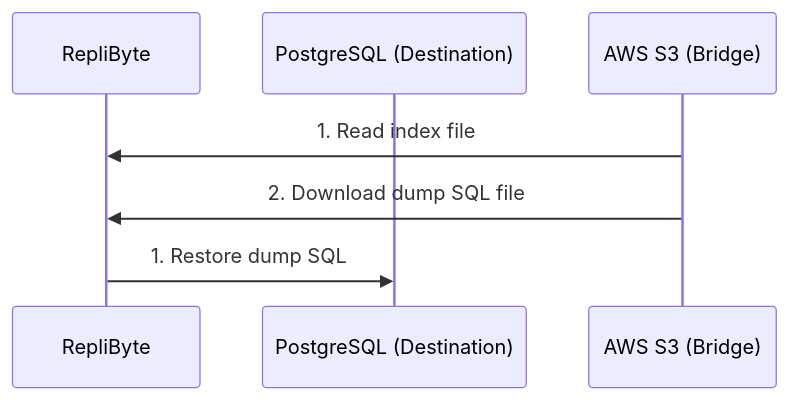
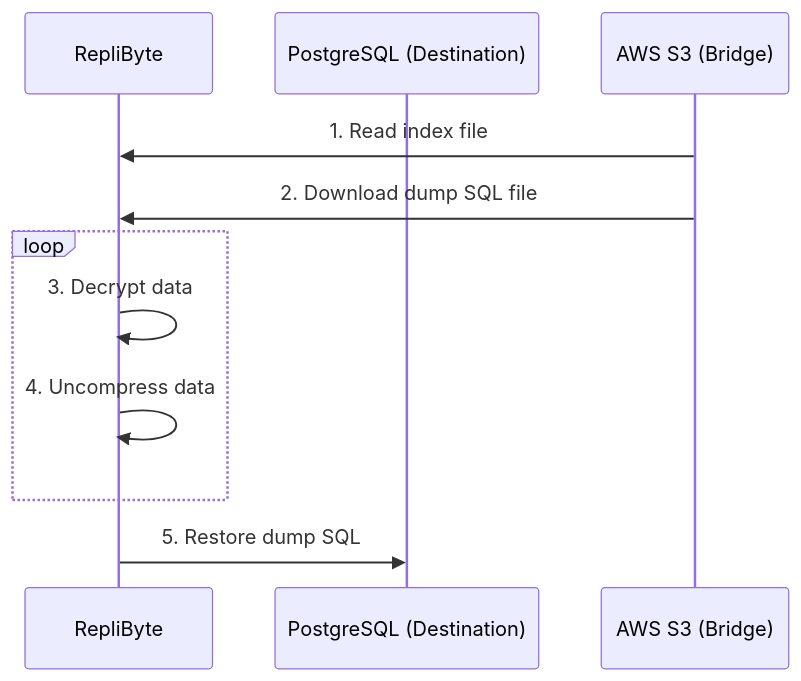
One commit to Qovery/Replibyte changed the second of 2 diagrams in README.md. Above: the diagram before and after it, drawn with Mermaid. The commit also changed other lines of this file and 9 other files, not shown here.

````diff
--- a/README.md
+++ b/README.md
@@ -184,9 +188,13 @@
 ```mermaid
 sequenceDiagram
     participant RepliByte
     participant PostgreSQL (Destination)
     participant AWS S3 (Bridge)
     AWS S3 (Bridge)->>RepliByte: 1. Read index file
     AWS S3 (Bridge)->>RepliByte: 2. Download dump SQL file
-    RepliByte->>PostgreSQL (Destination): 1. Restore dump SQL
+    loop
+        RepliByte->>RepliByte: 3. Decrypt data
+        RepliByte->>RepliByte: 4. Uncompress data
+    end
+    RepliByte->>PostgreSQL (Destination): 5. Restore dump SQL
 ```
````
